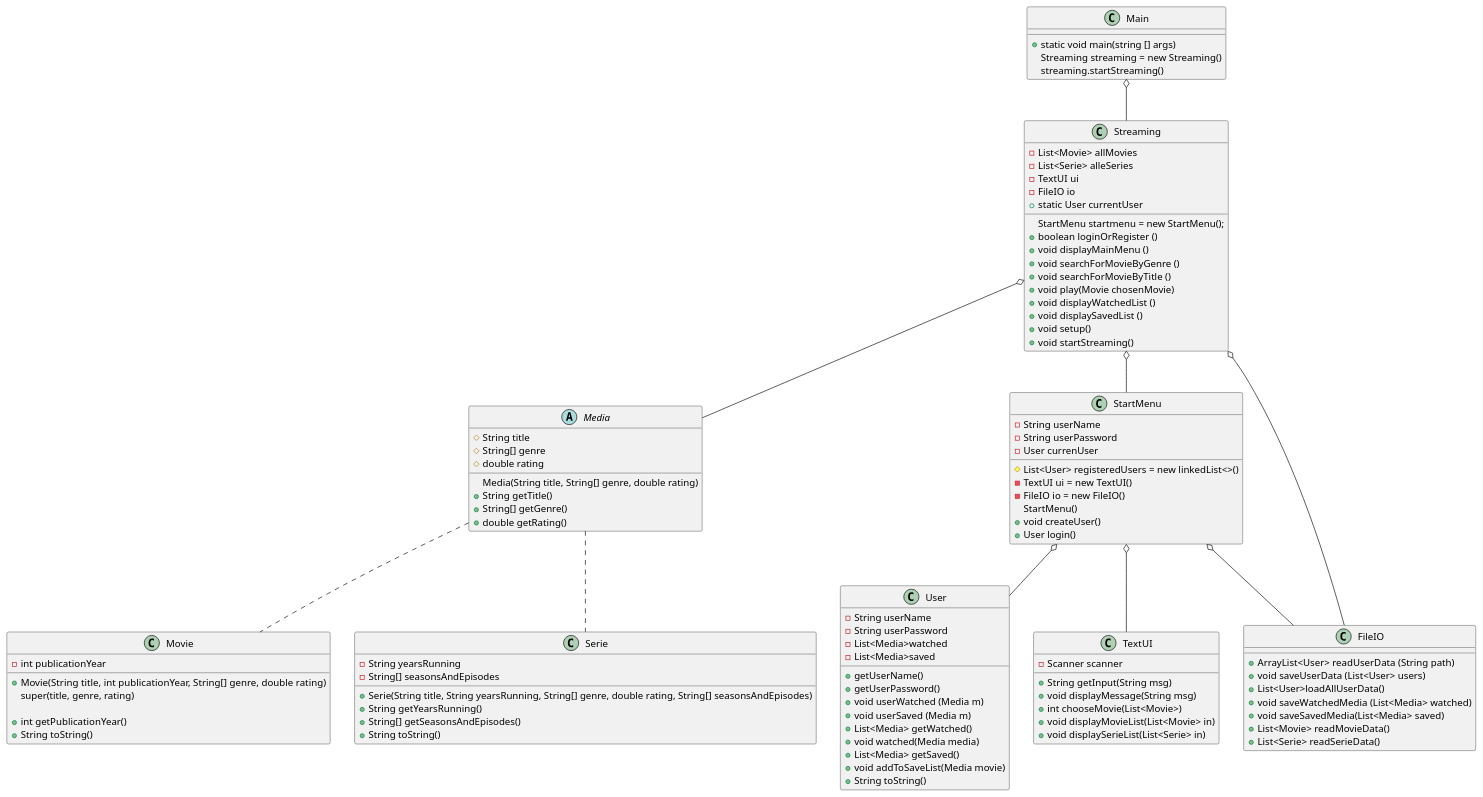
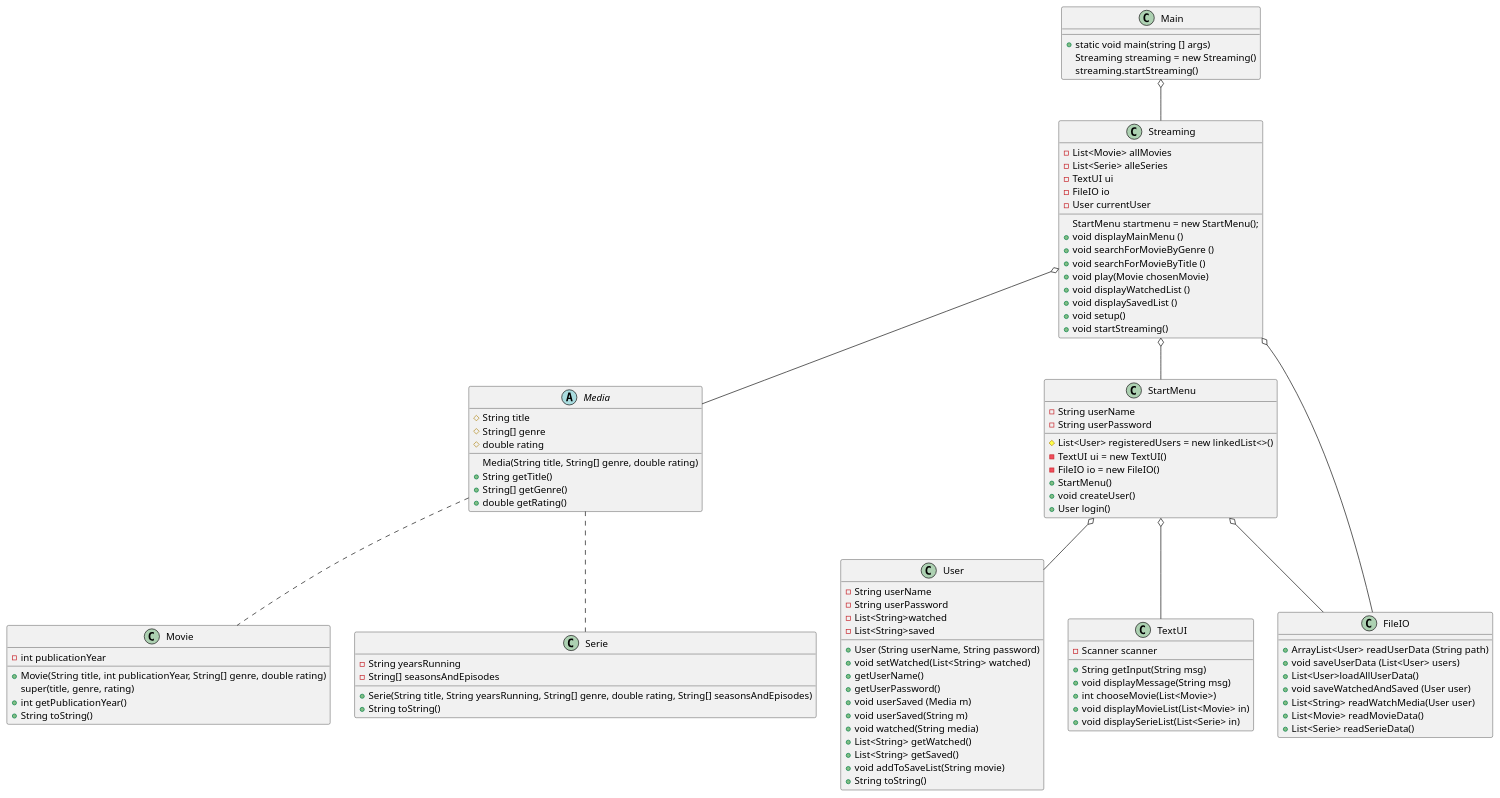
Before and after one commit to Madihakhan1/SP3: the diagram in .idea/Doc/ClassDiagram.puml, drawn with PlantUML. The commit also changed 7 other files, not shown here.

```diff
--- a/.idea/Doc/ClassDiagram.puml
+++ b/.idea/Doc/ClassDiagram.puml
@@ -1,121 +1,116 @@
 @startuml
 'https://plantuml.com/object-diagram
 
 class Main{
 + static void main(string [] args)
 Streaming streaming = new Streaming()
 streaming.startStreaming()
 }
 
 class Streaming{
 - List<Movie> allMovies
 - List<Serie> alleSeries
 - TextUI ui
 - FileIO io
 StartMenu startmenu = new StartMenu();
-+ static User currentUser
-+ boolean loginOrRegister ()
+- User currentUser
 + void displayMainMenu ()
 + void searchForMovieByGenre ()
 + void searchForMovieByTitle ()
 + void play(Movie chosenMovie)
 + void displayWatchedList ()
 + void displaySavedList ()
 + void setup()
 + void startStreaming()
 }
 
 class User{
 - String userName
 - String userPassword
-- List<Media>watched
-- List<Media>saved
-
+- List<String>watched
+- List<String>saved
++ User (String userName, String password)
++ void setWatched(List<String> watched)
 +getUserName()
 +getUserPassword()
-+ void userWatched (Media m)
 + void userSaved (Media m)
-+ List<Media> getWatched()
-+ void watched(Media media)
-+ List<Media> getSaved()
-+ void addToSaveList(Media movie)
++ void userSaved(String m)
++ void watched(String media)
++ List<String> getWatched()
++ List<String> getSaved()
++ void addToSaveList(String movie)
 + String toString()
 
 }
 
 abstract Media{
 # String title
 # String[] genre
 # double rating
 
 Media(String title, String[] genre, double rating)
 + String getTitle()
 + String[] getGenre()
 + double getRating()
 }
 
 class StartMenu{
 - String userName
 - String userPassword
-- User currenUser
 # List<User> registeredUsers = new linkedList<>()
 - TextUI ui = new TextUI()
 - FileIO io = new FileIO()
-StartMenu()
++ StartMenu()
 + void createUser()
 + User login()
 }
 
 class FileIO{
 + ArrayList<User> readUserData (String path)
 + void saveUserData (List<User> users)
 + List<User>loadAllUserData()
-+ void saveWatchedMedia (List<Media> watched)
-+ void saveSavedMedia(List<Media> saved)
++ void saveWatchedAndSaved (User user)
++ List<String> readWatchMedia(User user)
 + List<Movie> readMovieData()
 + List<Serie> readSerieData()
 }
 
 class TextUI{
 - Scanner scanner
 + String getInput(String msg)
 + void displayMessage(String msg)
 + int chooseMovie(List<Movie>)
 + void displayMovieList(List<Movie> in)
 + void displaySerieList(List<Serie> in)
 }
 
 class Movie {
 - int publicationYear
 
 + Movie(String title, int publicationYear, String[] genre, double rating)
 super(title, genre, rating)
-
 + int getPublicationYear()
 + String toString()
 }
 
 class Serie{
 - String yearsRunning
 - String[] seasonsAndEpisodes
-
 + Serie(String title, String yearsRunning, String[] genre, double rating, String[] seasonsAndEpisodes)
-+ String getYearsRunning()
-+ String[] getSeasonsAndEpisodes()
 + String toString()
 }
 
 Main o-- Streaming
 
 Streaming o-- StartMenu
 Streaming o-- FileIO
 Streaming o-- Media
 
 Media .. Movie
 Media .. Serie
 
 StartMenu o-- User
 StartMenu o--FileIO
 StartMenu o-- TextUI
 
 @enduml
```
